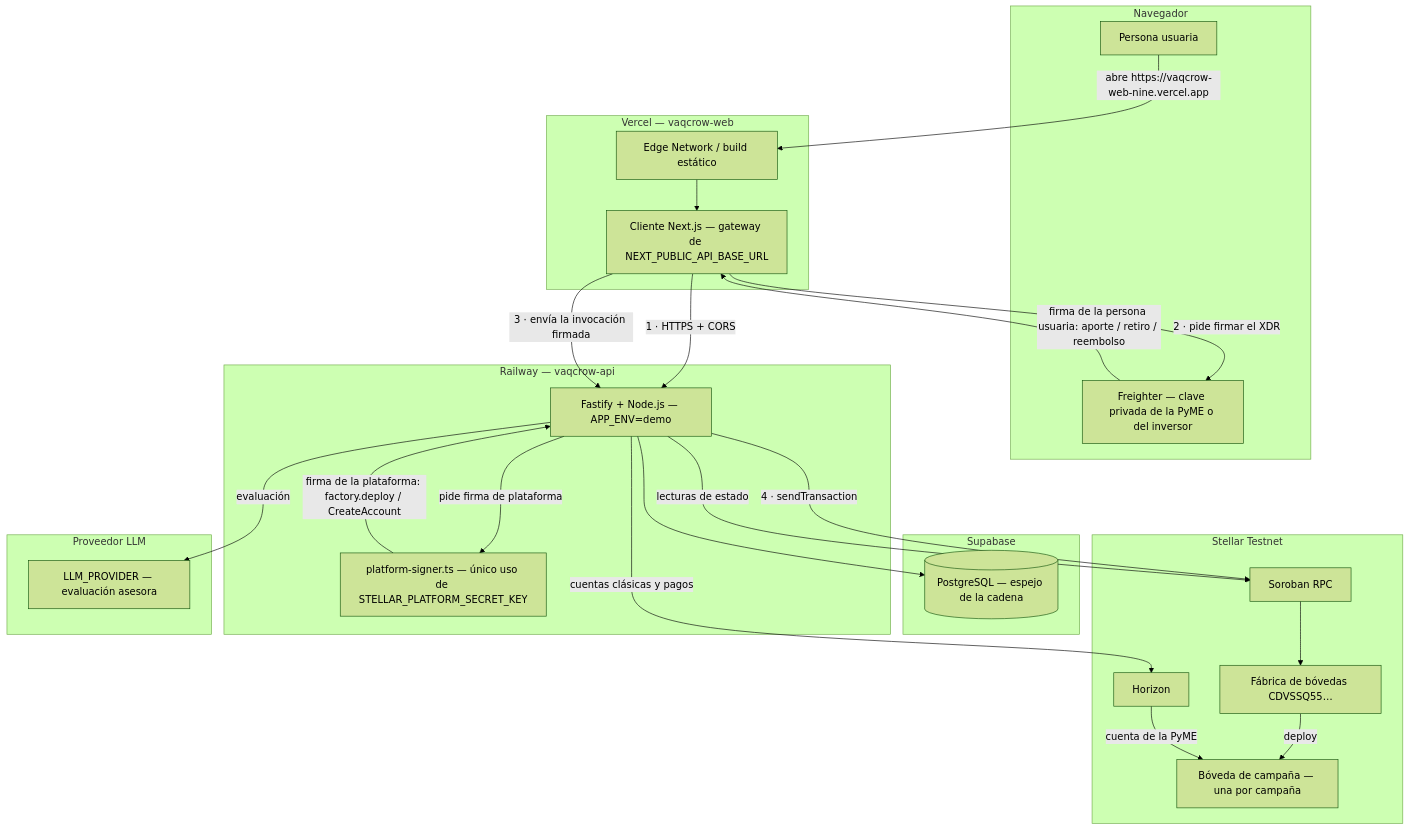
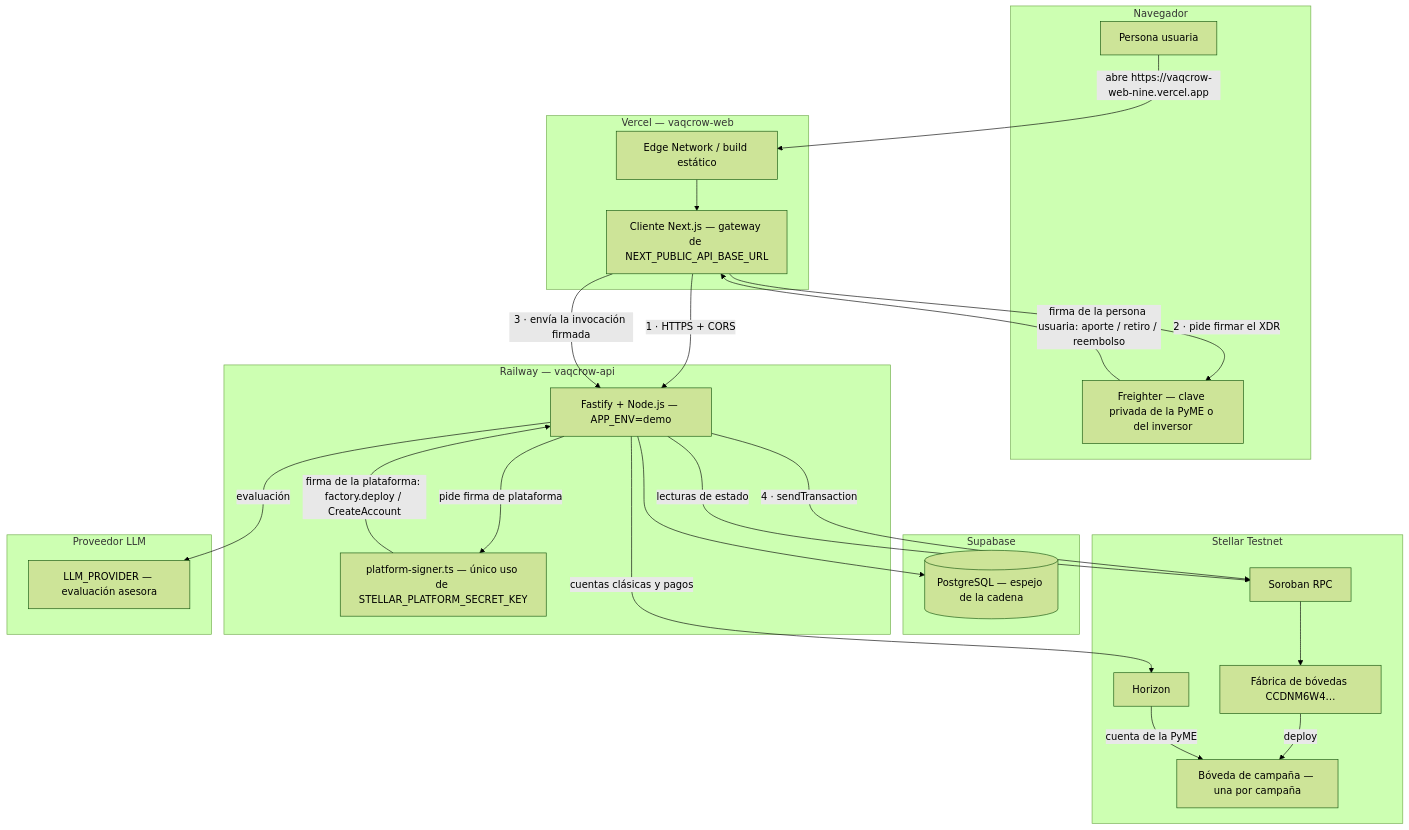
Before and after one commit to reyduar/Vaqcrow: the diagram in docs/architecture/cloud-demo-architecture.md, drawn with Mermaid (forest theme). The commit also changed other lines of this file and 6 other files, not shown here.

````diff
--- a/docs/architecture/cloud-demo-architecture.md
+++ b/docs/architecture/cloud-demo-architecture.md
@@ -24,53 +24,53 @@
 ```mermaid
 graph TB
     subgraph "Navegador"
         USER["Persona usuaria"]
         FREIGHTER["Freighter — clave privada de la PyME o del inversor"]
     end
 
     subgraph "Vercel — vaqcrow-web"
         WEB_EDGE["Edge Network / build estático"]
         WEB_CLIENT["Cliente Next.js — gateway de NEXT_PUBLIC_API_BASE_URL"]
     end
 
     subgraph "Railway — vaqcrow-api"
         API["Fastify + Node.js — APP_ENV=demo"]
         SIGNER["platform-signer.ts — único uso de STELLAR_PLATFORM_SECRET_KEY"]
     end
 
     subgraph "Supabase"
         DB[("PostgreSQL — espejo de la cadena")]
     end
 
     subgraph "Stellar Testnet"
         RPC["Soroban RPC"]
         HORIZON["Horizon"]
-        FACTORY["Fábrica de bóvedas CDVSSQ55…"]
+        FACTORY["Fábrica de bóvedas CCDNM6W4…"]
         VAULT["Bóveda de campaña — una por campaña"]
     end
 
     subgraph "Proveedor LLM"
         LLM["LLM_PROVIDER — evaluación asesora"]
     end
 
     USER -->|"abre https://vaqcrow-web-nine.vercel.app"| WEB_EDGE
     WEB_EDGE --> WEB_CLIENT
 
     WEB_CLIENT -->|"1 · HTTPS + CORS"| API
     WEB_CLIENT -->|"2 · pide firmar el XDR"| FREIGHTER
     FREIGHTER -->|"firma de la persona usuaria: aporte / retiro / reembolso"| WEB_CLIENT
     WEB_CLIENT -->|"3 · envía la invocación firmada"| API
 
     API -->|"4 · sendTransaction"| RPC
     API --> DB
     API -->|"lecturas de estado"| RPC
     API -->|"cuentas clásicas y pagos"| HORIZON
     API -->|"evaluación"| LLM
 
     API -->|"pide firma de plataforma"| SIGNER
     SIGNER -->|"firma de la plataforma: factory.deploy / CreateAccount"| API
 
     RPC --> FACTORY
     FACTORY -->|"deploy"| VAULT
     HORIZON -->|"cuenta de la PyME"| VAULT
 ```
````
